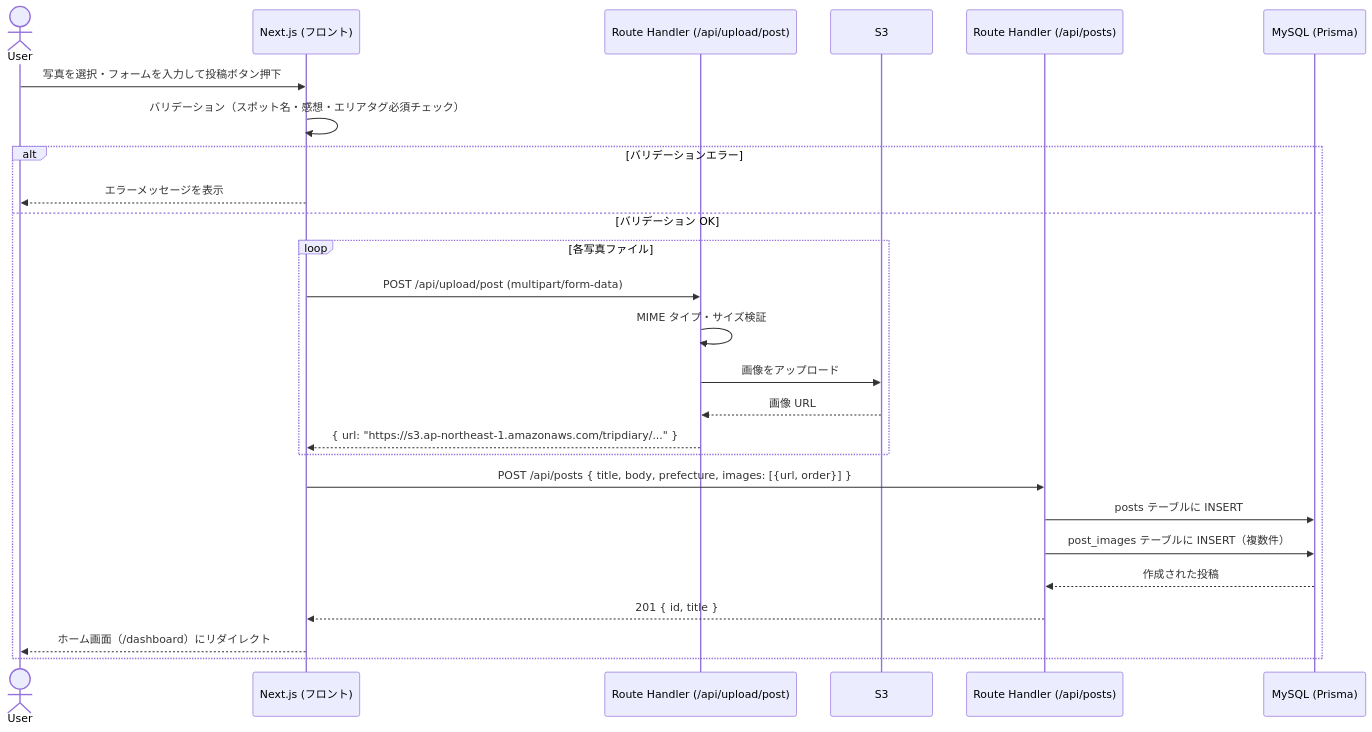
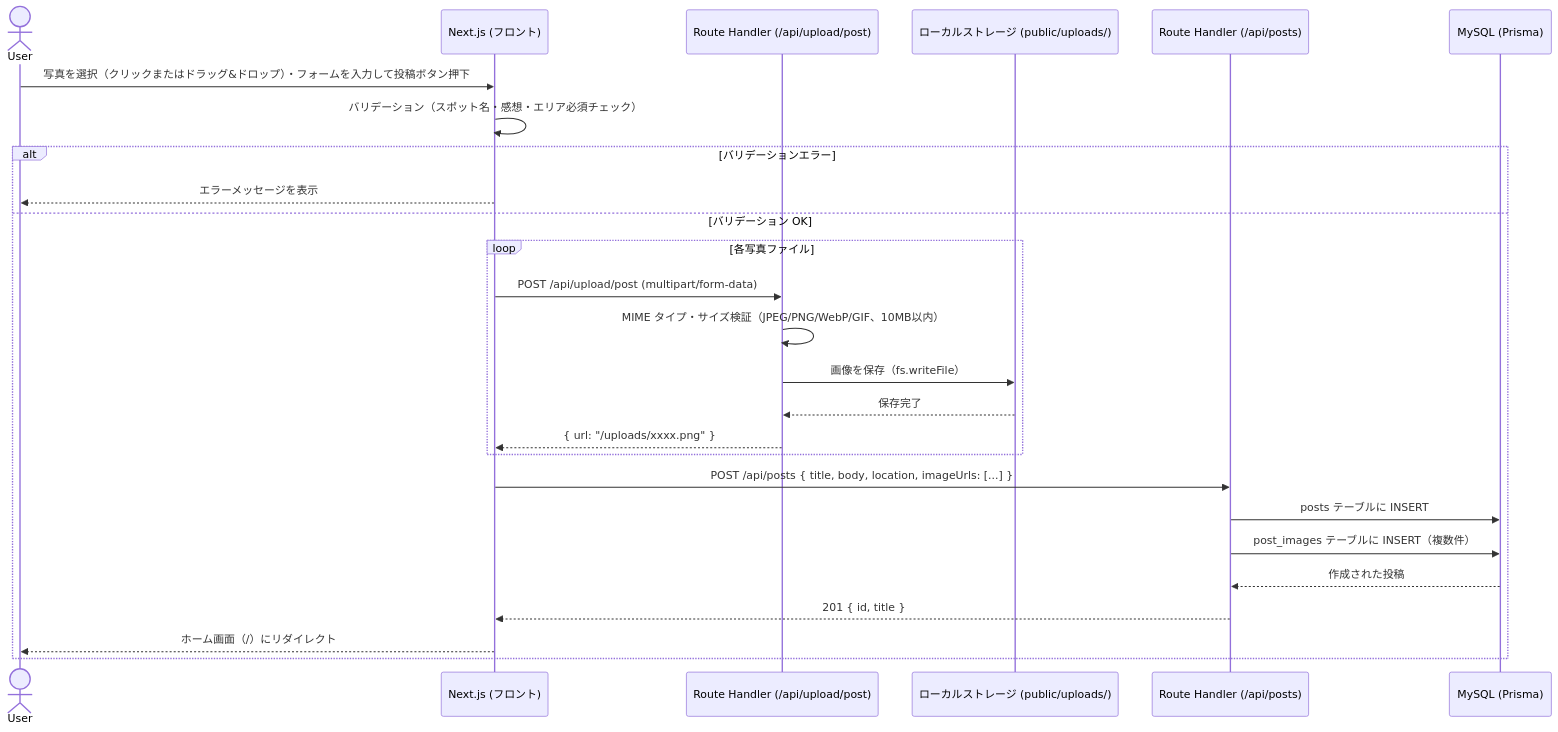
The fifth of 10 diagrams in docs/シーケンス図.md (saki-nakata/TripDiary), drawn with Mermaid before and after one commit. The commit also changed other lines of this file and 66 other files, not shown here.

````diff
--- a/docs/シーケンス図.md
+++ b/docs/シーケンス図.md
@@ -139,29 +139,29 @@
 ```mermaid
 sequenceDiagram
     actor User
     participant FE as Next.js (フロント)
     participant UploadAPI as Route Handler (/api/upload/post)
-    participant S3 as S3
+    participant Storage as ローカルストレージ (public/uploads/)
     participant PostAPI as Route Handler (/api/posts)
     participant DB as MySQL (Prisma)
 
-    User->>FE: 写真を選択・フォームを入力して投稿ボタン押下
-    FE->>FE: バリデーション（スポット名・感想・エリアタグ必須チェック）
+    User->>FE: 写真を選択（クリックまたはドラッグ&ドロップ）・フォームを入力して投稿ボタン押下
+    FE->>FE: バリデーション（スポット名・感想・エリア必須チェック）
     alt バリデーションエラー
         FE-->>User: エラーメッセージを表示
     else バリデーション OK
         loop 各写真ファイル
             FE->>UploadAPI: POST /api/upload/post (multipart/form-data)
-            UploadAPI->>UploadAPI: MIME タイプ・サイズ検証
-            UploadAPI->>S3: 画像をアップロード
-            S3-->>UploadAPI: 画像 URL
-            UploadAPI-->>FE: { url: "https://s3.ap-northeast-1.amazonaws.com/tripdiary/..." }
+            UploadAPI->>UploadAPI: MIME タイプ・サイズ検証（JPEG/PNG/WebP/GIF、10MB以内）
+            UploadAPI->>Storage: 画像を保存（fs.writeFile）
+            Storage-->>UploadAPI: 保存完了
+            UploadAPI-->>FE: { url: "/uploads/xxxx.png" }
         end
-        FE->>PostAPI: POST /api/posts { title, body, prefecture, images: [{url, order}] }
+        FE->>PostAPI: POST /api/posts { title, body, location, imageUrls: [...] }
         PostAPI->>DB: posts テーブルに INSERT
         PostAPI->>DB: post_images テーブルに INSERT（複数件）
         DB-->>PostAPI: 作成された投稿
         PostAPI-->>FE: 201 { id, title }
-        FE-->>User: ホーム画面（/dashboard）にリダイレクト
+        FE-->>User: ホーム画面（/）にリダイレクト
     end
 ```
````
